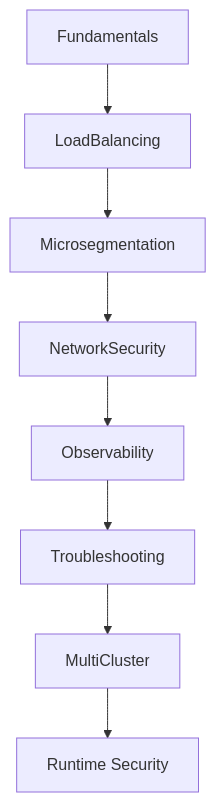
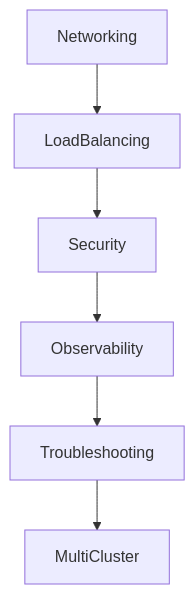
The second of 7 diagrams in proposals/LFX_Mentorship_Proposal.md (Dev10-sys/cilium-pillar-pages-proposal), drawn with Mermaid before and after one commit. The commit also changed other lines of this file, not shown here.

Commit message:
Expand local proposal with full 8-pillar technical breakdown and Mermaid diagrams

````diff
--- a/proposals/LFX_Mentorship_Proposal.md
+++ b/proposals/LFX_Mentorship_Proposal.md
@@ -142,10 +142,8 @@
 ```mermaid
 flowchart TD
-    Fundamentals --> LoadBalancing
-    LoadBalancing --> Microsegmentation
-    Microsegmentation --> NetworkSecurity
-    NetworkSecurity --> Observability
+    Networking --> LoadBalancing
+    LoadBalancing --> Security
+    Security --> Observability
     Observability --> Troubleshooting
     Troubleshooting --> MultiCluster
-    MultiCluster --> RuntimeSec[Runtime Security]
 ```
````
